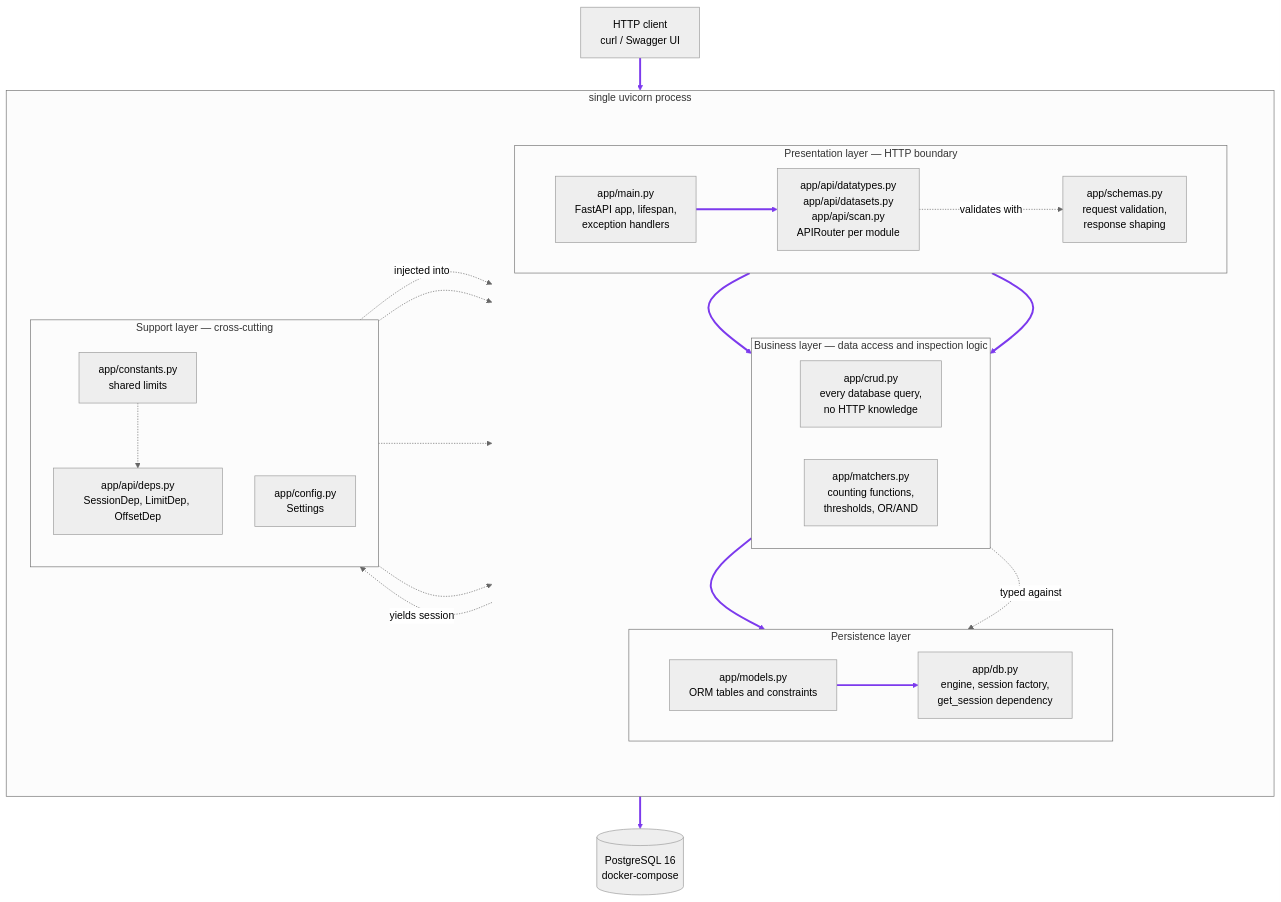
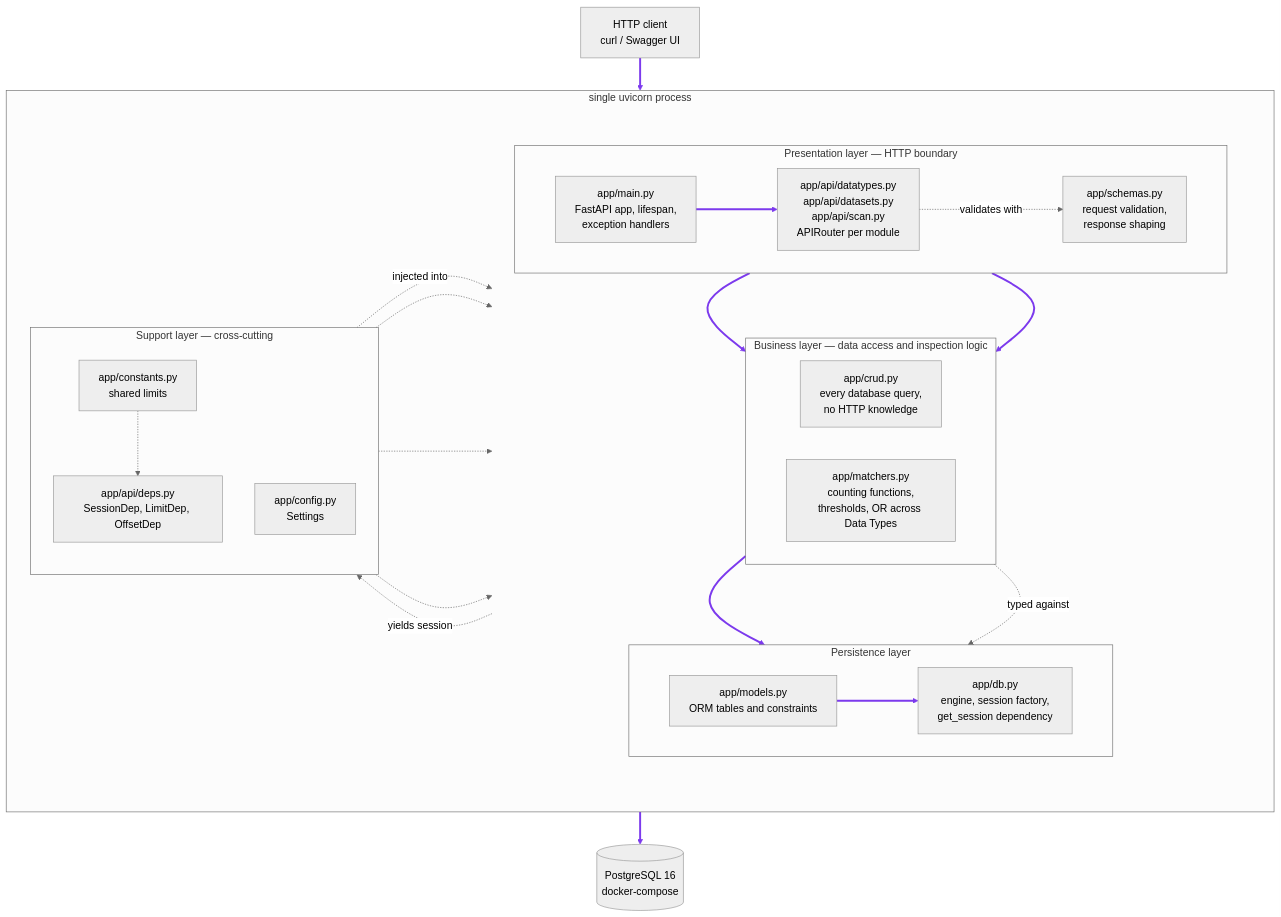
Diagram 13 of 18 in docs/ARCHITECTURE.md (dolevol/data_leak_prevention), drawn with Mermaid (neutral theme) before and after one commit. The commit also changed other lines of this file and 13 other files, not shown here.

````diff
--- a/docs/ARCHITECTURE.md
+++ b/docs/ARCHITECTURE.md
@@ -221,61 +216,61 @@
 ```mermaid
 flowchart TD
     Client["HTTP client<br/>curl / Swagger UI"] --> Main
 
     subgraph App ["single uvicorn process"]
         direction LR
 
         subgraph Core [" "]
             direction TB
 
             subgraph L1 ["Presentation layer — HTTP boundary"]
                 direction LR
                 Main["app/main.py<br/>FastAPI app, lifespan,<br/>exception handlers"]
                 Routers["app/api/datatypes.py<br/>app/api/datasets.py<br/>app/api/scan.py<br/>APIRouter per module"]
                 Schemas["app/schemas.py<br/>request validation,<br/>response shaping"]
             end
 
             subgraph L2 ["Business layer — data access and inspection logic"]
                 direction LR
                 Crud["app/crud.py<br/>every database query,<br/>no HTTP knowledge"]
-                Matchers["app/matchers.py<br/>counting functions,<br/>thresholds, OR/AND"]
+                Matchers["app/matchers.py<br/>counting functions,<br/>thresholds, OR across Data Types"]
             end
 
             subgraph L3 ["Persistence layer"]
                 direction LR
                 Models["app/models.py<br/>ORM tables and constraints"]
                 Db["app/db.py<br/>engine, session factory,<br/>get_session dependency"]
             end
         end
 
         subgraph L4 ["Support layer — cross-cutting"]
             direction TB
             Deps["app/api/deps.py<br/>SessionDep, LimitDep, OffsetDep"]
             Const["app/constants.py<br/>shared limits"]
             Cfg["app/config.py<br/>Settings"]
         end
 
         Main --> Routers
         Routers --> Crud
         Routers --> Matchers
         Crud --> Models
         Models --> Db
     end
 
     Db --> PG[("PostgreSQL 16<br/>docker-compose")]
 
     %% Every solid request-path link is declared above, so the purple set below is
     %% the contiguous range 0-6. Dashed links go after it: appending one can never
     %% shift the styled indices again.
     Deps -.->|"injected into"| Routers
     Routers -.->|"validates with"| Schemas
     Matchers -.->|"typed against"| Models
     Const -.-> Schemas
     Const -.-> Models
     Const -.-> Deps
     Cfg -.-> Db
     Db -.->|"yields session"| Deps
 
     style Core fill:none,stroke:none
     linkStyle 0,1,2,3,4,5,6 stroke:#7c3aed,stroke-width:3px
 ```
````
